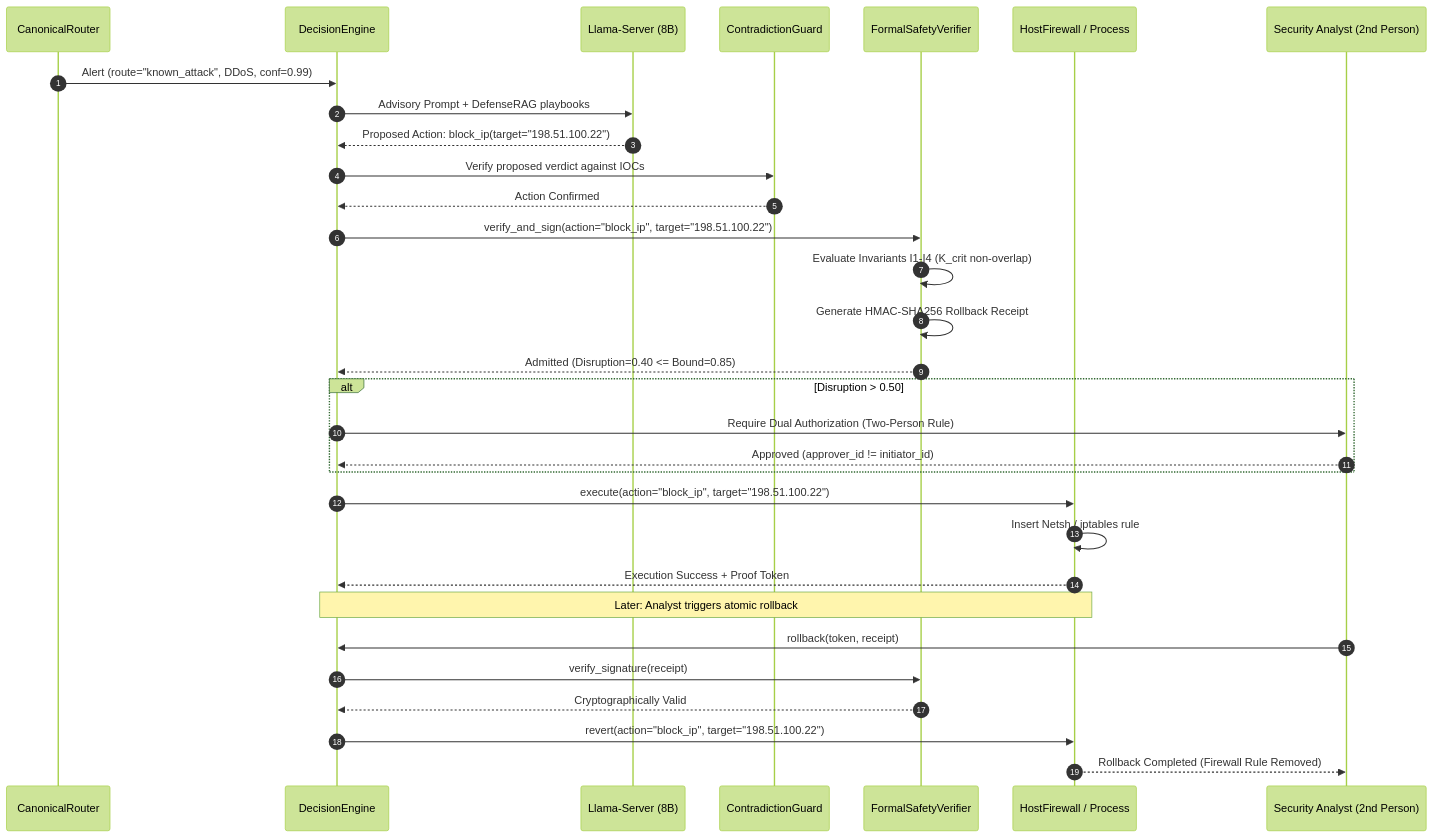
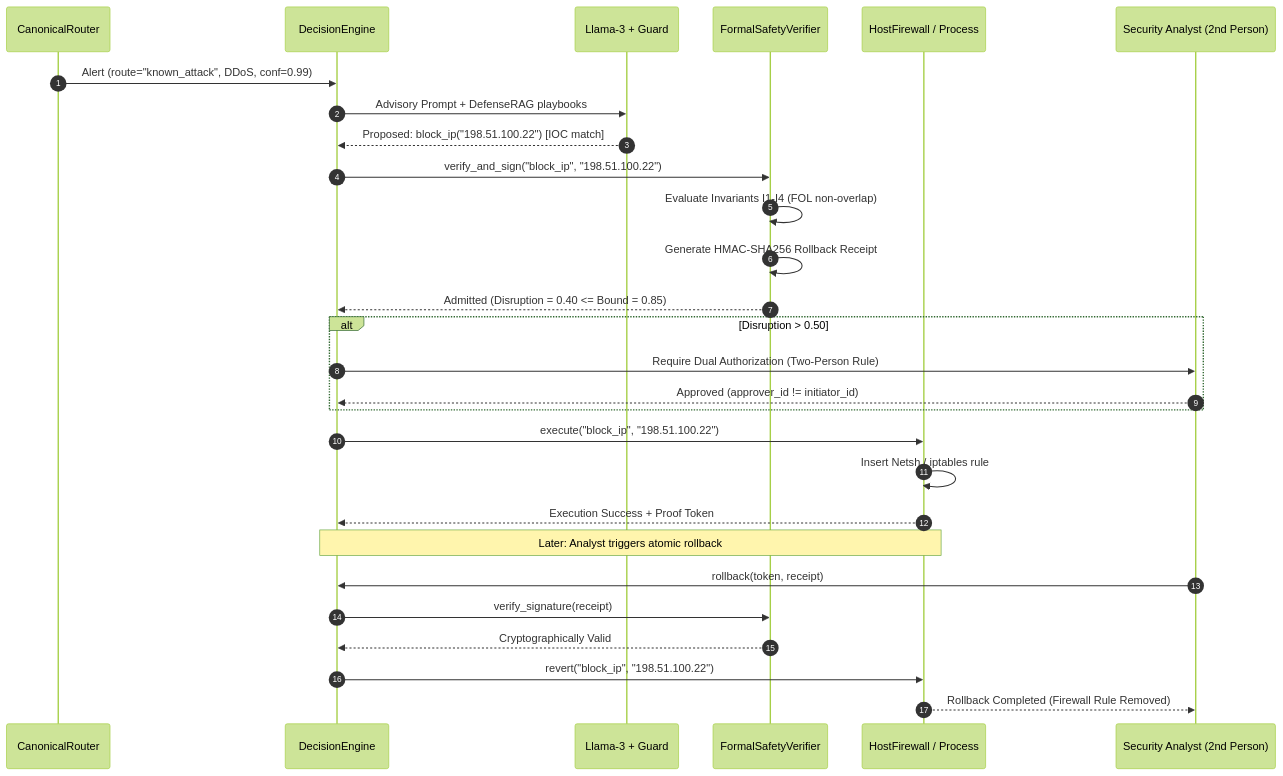
One commit to sajjadraad2006-sys/RT-IDS changed the third of 3 diagrams in report/chapters/03-system-architecture.md. Above: the diagram before and after it, drawn with Mermaid (forest theme). The commit also changed other lines of this file and 62 other files, not shown here.

First line of the commit message:
docs(report): complete academic audit, reference verification, and vector diagram readability pass

````diff
--- a/report/chapters/03-system-architecture.md
+++ b/report/chapters/03-system-architecture.md
@@ -417,34 +650,31 @@
 ```mermaid
 sequenceDiagram
     autonumber
     participant Router as CanonicalRouter
     participant Engine as DecisionEngine
-    participant LLM as Llama-Server (8B)
-    participant Guard as ContradictionGuard
+    participant LLM as Llama-3 + Guard
     participant Gate as FormalSafetyVerifier
     participant Actuator as HostFirewall / Process
     participant Admin as Security Analyst (2nd Person)
 
     Router->>Engine: Alert (route="known_attack", DDoS, conf=0.99)
     Engine->>LLM: Advisory Prompt + DefenseRAG playbooks
-    LLM-->>Engine: Proposed Action: block_ip(target="198.51.100.22")
-    Engine->>Guard: Verify proposed verdict against IOCs
-    Guard-->>Engine: Action Confirmed
-    Engine->>Gate: verify_and_sign(action="block_ip", target="198.51.100.22")
-    Gate->>Gate: Evaluate Invariants I1-I4 (K_crit non-overlap)
+    LLM-->>Engine: Proposed: block_ip("198.51.100.22") [IOC match]
+    Engine->>Gate: verify_and_sign("block_ip", "198.51.100.22")
+    Gate->>Gate: Evaluate Invariants I1-I4 (FOL non-overlap)
     Gate->>Gate: Generate HMAC-SHA256 Rollback Receipt
-    Gate-->>Engine: Admitted (Disruption=0.40 <= Bound=0.85)
+    Gate-->>Engine: Admitted (Disruption = 0.40 <= Bound = 0.85)
     alt Disruption > 0.50
         Engine->>Admin: Require Dual Authorization (Two-Person Rule)
         Admin-->>Engine: Approved (approver_id != initiator_id)
     end
-    Engine->>Actuator: execute(action="block_ip", target="198.51.100.22")
+    Engine->>Actuator: execute("block_ip", "198.51.100.22")
     Actuator->>Actuator: Insert Netsh / iptables rule
     Actuator-->>Engine: Execution Success + Proof Token
     Note over Engine,Actuator: Later: Analyst triggers atomic rollback
     Admin->>Engine: rollback(token, receipt)
     Engine->>Gate: verify_signature(receipt)
     Gate-->>Engine: Cryptographically Valid
-    Engine->>Actuator: revert(action="block_ip", target="198.51.100.22")
+    Engine->>Actuator: revert("block_ip", "198.51.100.22")
     Actuator-->>Admin: Rollback Completed (Firewall Rule Removed)
 ```
````
